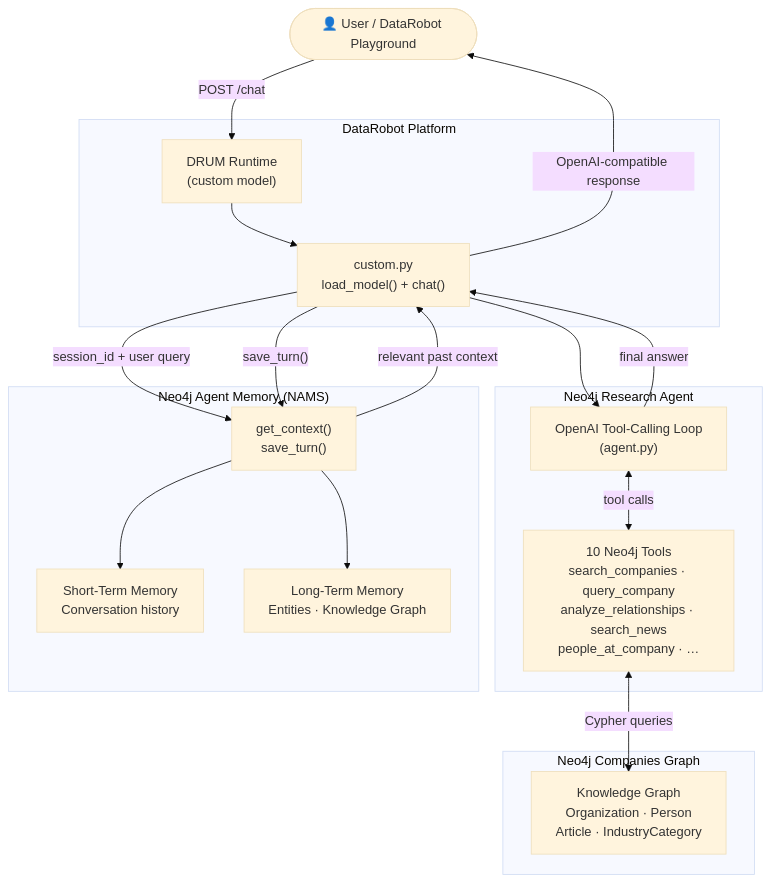
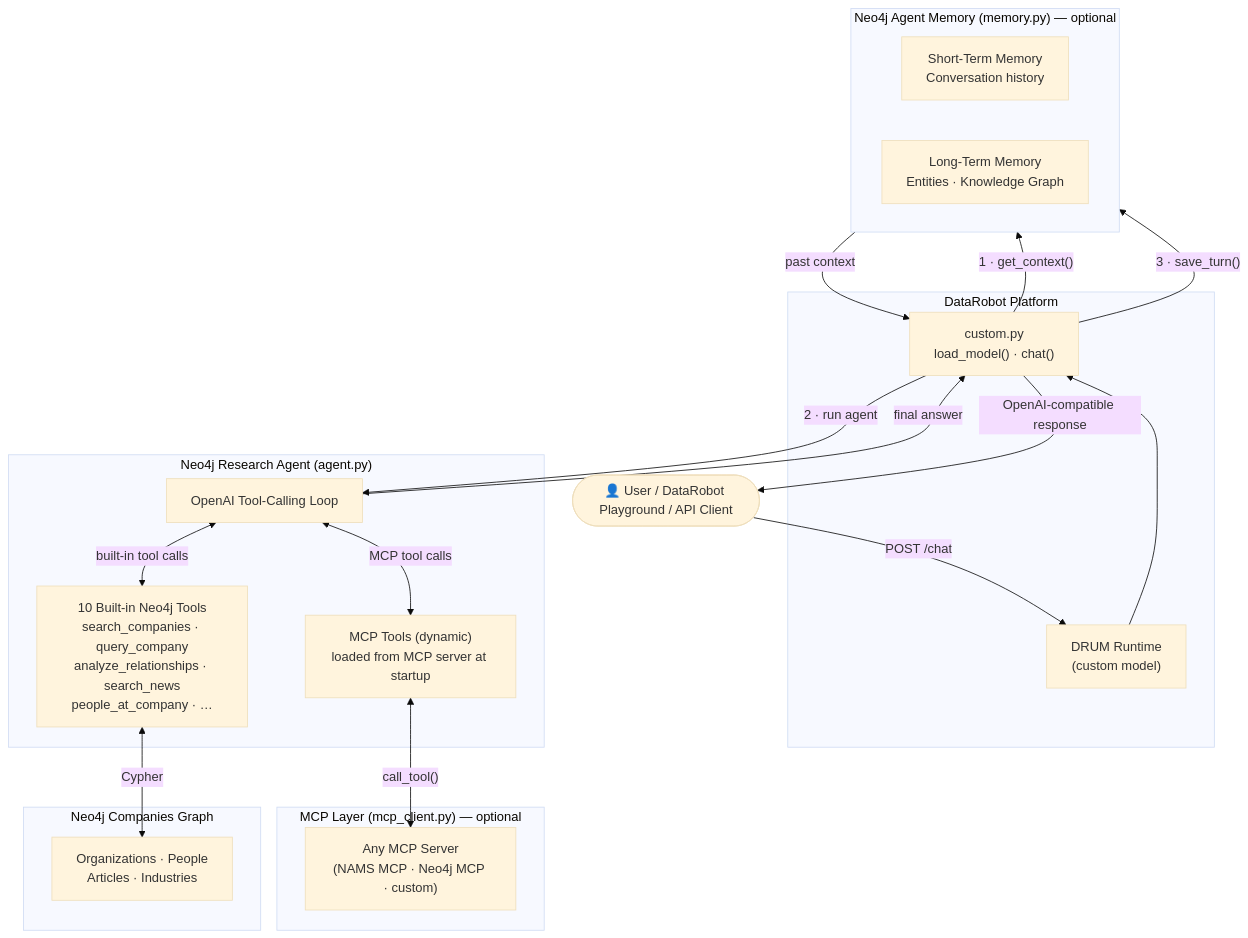
One commit to neo4j-labs/neo4j-agent-integrations changed the diagram in datarobot/README.md. Above: the diagram before and after it, drawn with Mermaid (base theme). The commit also changed other lines of this file and 8 other files, not shown here.

First line of the commit message:
feat(datarobot): add MCP integration for dynamic tool discovery

````diff
--- a/datarobot/README.md
+++ b/datarobot/README.md
@@ -19,37 +17,42 @@
 ```mermaid
 flowchart TD
-    User(["👤 User / DataRobot Playground"])
+    User(["👤 User / DataRobot Playground / API Client"])
 
     subgraph DR["DataRobot Platform"]
         DRUM["DRUM Runtime\n(custom model)"]
-        ENTRY["custom.py\nload_model() + chat()"]
+        ENTRY["custom.py\nload_model() · chat()"]
     end
 
-    subgraph Agent["Neo4j Research Agent"]
-        LOOP["OpenAI Tool-Calling Loop\n(agent.py)"]
-        TOOLS["10 Neo4j Tools\nsearch_companies · query_company\nanalyze_relationships · search_news\npeople_at_company · …"]
+    subgraph Agent["Neo4j Research Agent (agent.py)"]
+        LOOP["OpenAI Tool-Calling Loop"]
+        BUILTIN["10 Built-in Neo4j Tools\nsearch_companies · query_company\nanalyze_relationships · search_news\npeople_at_company · …"]
+        MCPTOOLS["MCP Tools (dynamic)\nloaded from MCP server at startup"]
     end
 
-    subgraph Memory["Neo4j Agent Memory (NAMS)"]
+    subgraph MCP["MCP Layer (mcp_client.py) — optional"]
+        MCPSRV["Any MCP Server\n(NAMS MCP · Neo4j MCP · custom)"]
+    end
+
+    subgraph Memory["Neo4j Agent Memory (memory.py) — optional"]
         STM["Short-Term Memory\nConversation history"]
         LTM["Long-Term Memory\nEntities · Knowledge Graph"]
-        CTX["get_context()\nsave_turn()"]
     end
 
     subgraph Neo4j["Neo4j Companies Graph"]
-        KG["Knowledge Graph\nOrganization · Person\nArticle · IndustryCategory"]
+        KG["Organizations · People\nArticles · Industries"]
     end
 
-    User -->|"POST /chat"| DRUM
-    DRUM --> ENTRY
-    ENTRY -->|"session_id + user query"| CTX
-    CTX -->|"relevant past context"| ENTRY
-    ENTRY --> LOOP
-    LOOP <-->|"tool calls"| TOOLS
-    TOOLS <-->|"Cypher queries"| KG
+    User -->|"POST /chat"| DRUM --> ENTRY
+
+    ENTRY -->|"1 · get_context()"| Memory
+    Memory -->|"past context"| ENTRY
+
+    ENTRY -->|"2 · run agent"| LOOP
+    LOOP <-->|"built-in tool calls"| BUILTIN <-->|"Cypher"| KG
+    LOOP <-->|"MCP tool calls"| MCPTOOLS <-->|"call_tool()"| MCPSRV
+
     LOOP -->|"final answer"| ENTRY
-    ENTRY -->|"save_turn()"| CTX
-    CTX --> STM
-    CTX --> LTM
+    ENTRY -->|"3 · save_turn()"| Memory
+
     ENTRY -->|"OpenAI-compatible response"| User
 ```
````
